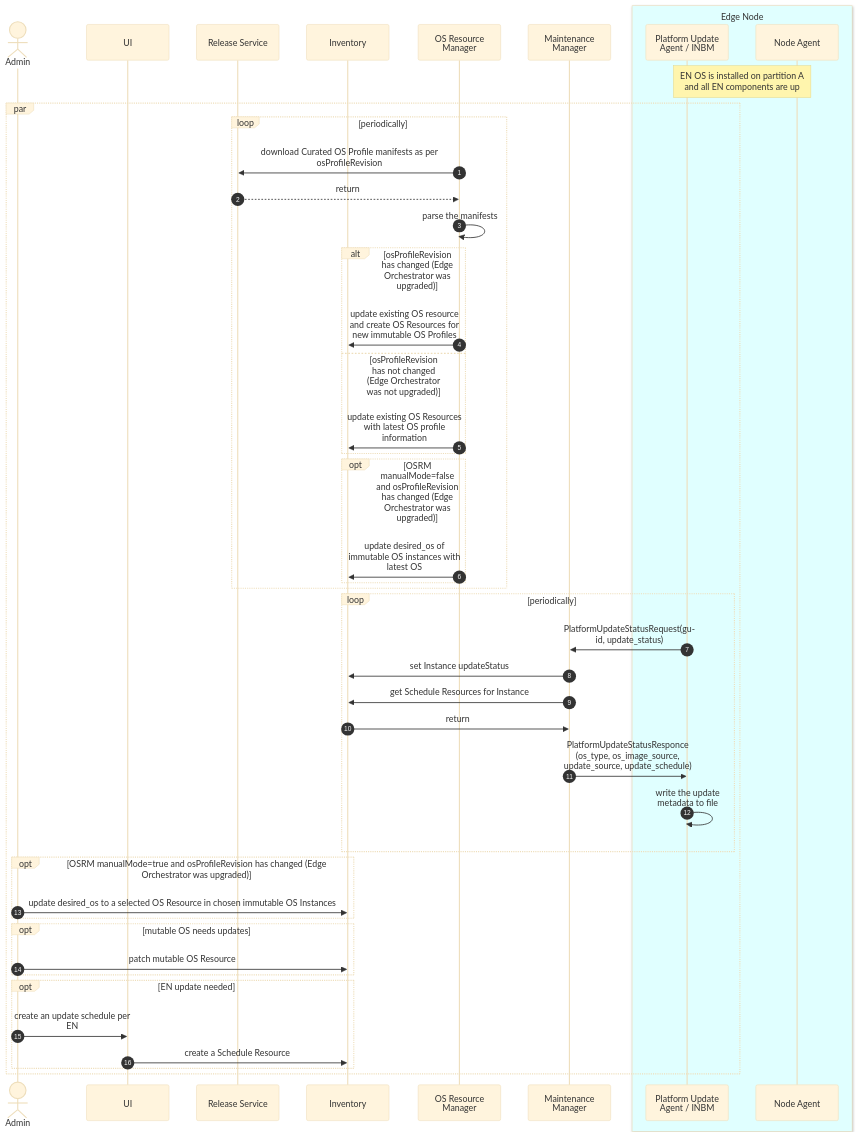
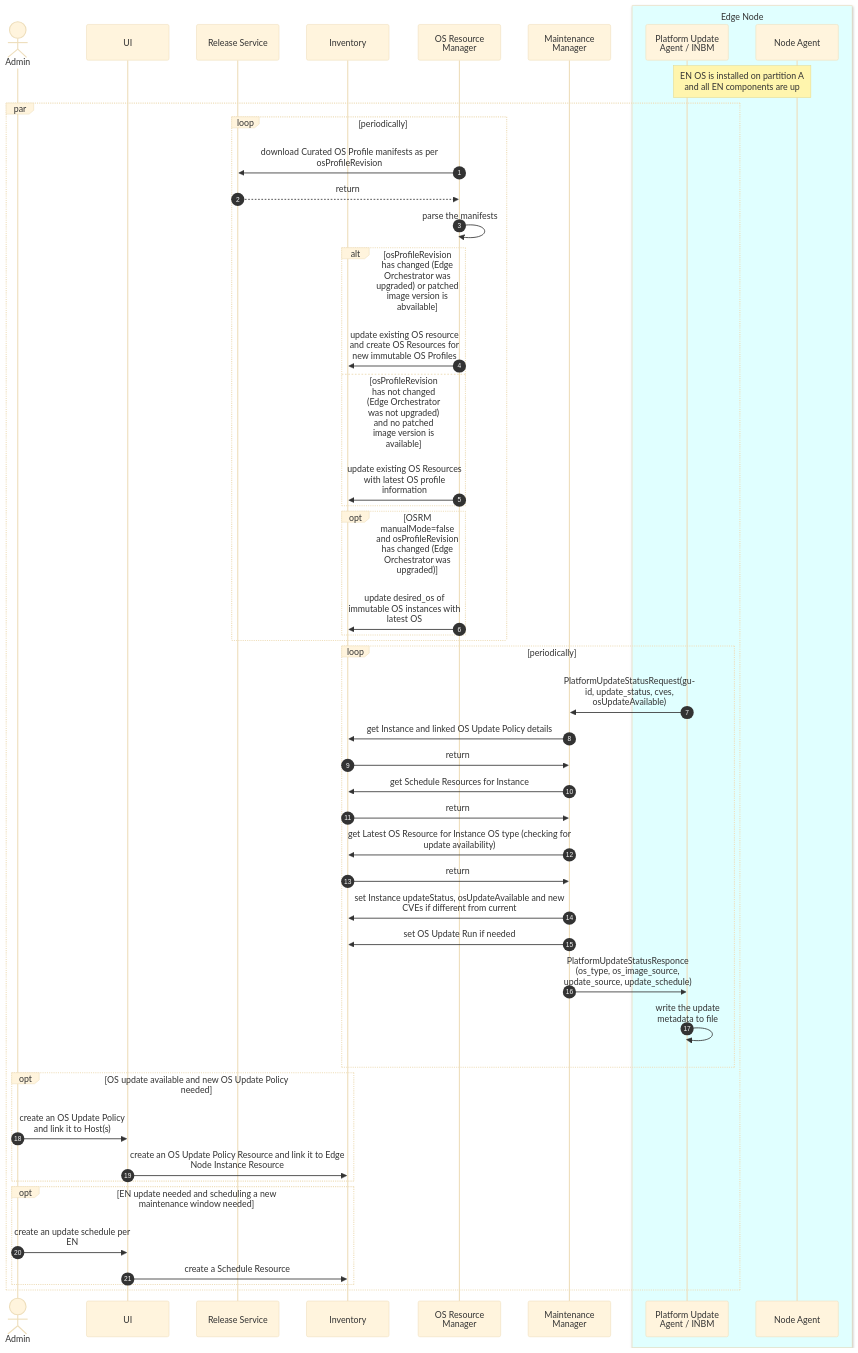
One commit to open-edge-platform/edge-manage-docs changed the first of 3 diagrams in docs/developer_guide/infra_manager/arch/day2_flow.rst. Above: the diagram before and after it, drawn with Mermaid (base theme). The commit also changed other lines of this file, not shown here.

Commit message:
Update day2 flow

```diff
--- a/docs/developer_guide/infra_manager/arch/day2_flow.rst
+++ b/docs/developer_guide/infra_manager/arch/day2_flow.rst
@@ -74,53 +67,56 @@
 .. mermaid::
 
    sequenceDiagram
    %%{wrap}%%
    autonumber
 
    actor a as Admin
    participant ui as UI
    participant reg as Release Service
    participant inv as Inventory
    participant osrm as OS Resource Manager
    participant mm as Maintenance Manager
    box LightCyan Edge Node
      participant pua as Platform Update Agent / INBM
      participant na as Node Agent
    end
 
    note over pua, na: EN OS is installed on partition A and all EN components are up
 
     par
 
         loop periodically
             osrm->>reg: download Curated OS Profile manifests as per osProfileRevision
             reg-->>osrm: return
             osrm->>osrm: parse the manifests
-            alt osProfileRevision has changed (Edge Orchestrator was upgraded)
+            alt osProfileRevision has changed (Edge Orchestrator was upgraded) or patched image version is abvailable
                 osrm->>inv: update existing OS resource and create OS Resources for new immutable OS Profiles
-            else osProfileRevision has not changed (Edge Orchestrator was not upgraded)
+            else osProfileRevision has not changed (Edge Orchestrator was not upgraded) and no patched image version is available
                 osrm->>inv: update existing OS Resources with latest OS profile information
             end
             opt OSRM manualMode=false and osProfileRevision has changed (Edge Orchestrator was upgraded)
                 osrm->>inv: update desired_os of immutable OS instances with latest OS
             end
         end
         loop periodically
-            pua->>mm: PlatformUpdateStatusRequest(guid, update_status)
-            mm->>inv: set Instance updateStatus
+            pua->>mm: PlatformUpdateStatusRequest(guid, update_status, cves, osUpdateAvailable)
+            mm->>inv: get Instance and linked OS Update Policy details
+            inv->>mm: return
             mm->>inv: get Schedule Resources for Instance
             inv->>mm: return
+            mm->>inv: get Latest OS Resource for Instance OS type (checking for update availability)
+            inv->>mm: return
+            mm->>inv: set Instance updateStatus, osUpdateAvailable and new CVEs if different from current
+            mm->>inv: set OS Update Run if needed
             mm->>pua: PlatformUpdateStatusResponce (os_type, os_image_source, update_source, update_schedule)
             pua->>pua: write the update metadata to file
         end
-        opt OSRM manualMode=true and osProfileRevision has changed (Edge Orchestrator was upgraded)
-            a->>inv: update desired_os to a selected OS Resource in chosen immutable OS Instances
+        opt OS update available and new OS Update Policy needed
+            a->>ui: create an OS Update Policy and link it to Host(s)
+            ui->>inv: create an OS Update Policy Resource and link it to Edge Node Instance Resource
         end
-        opt mutable OS needs updates
-            a->>inv: patch mutable OS Resource
-        end
-        opt EN update needed
+        opt EN update needed and scheduling a new maintenance window needed
             a->>ui: create an update schedule per EN
             ui->>inv: create a Schedule Resource
         end
     end
```
